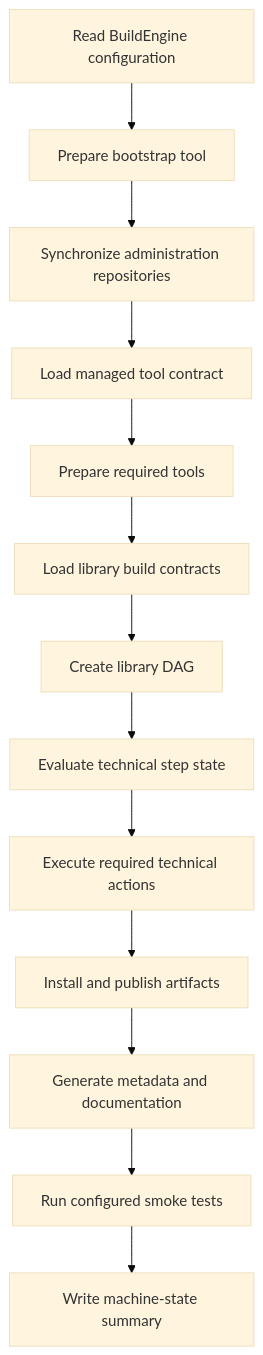
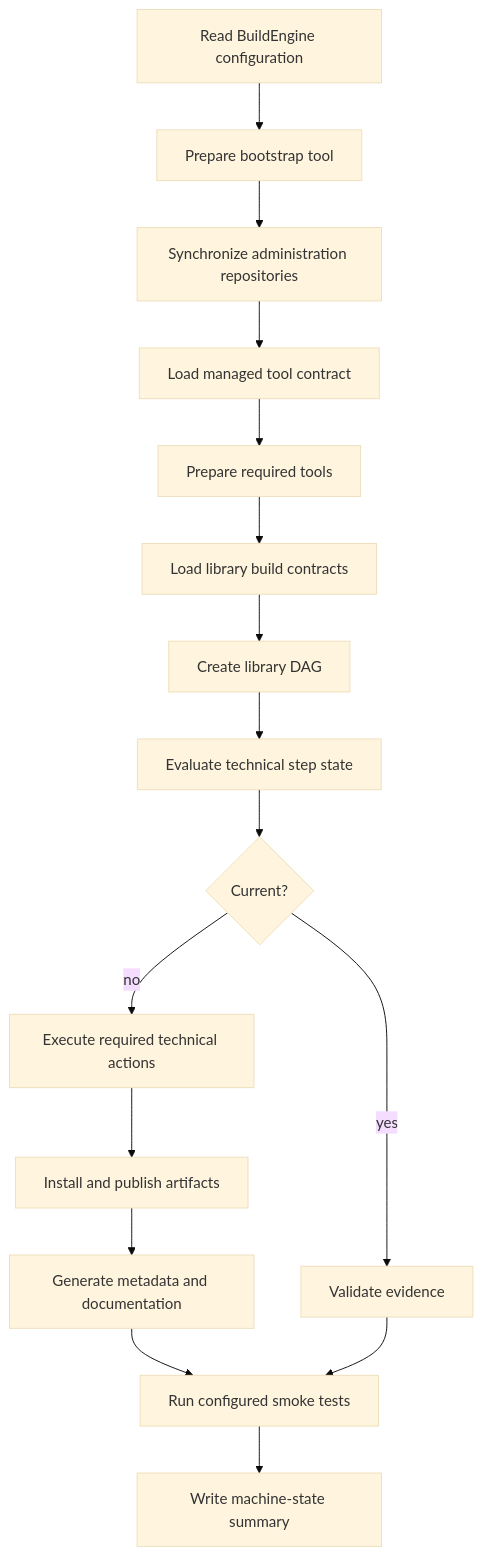
The first of 2 diagrams in admin/server-docs/buildengine.md (adeccscholar/BuildEngine-Admin), drawn with Mermaid (base theme) before and after one commit. The commit also changed other lines of this file, not shown here.

````diff
--- a/admin/server-docs/buildengine.md
+++ b/admin/server-docs/buildengine.md
@@ -21,15 +35,18 @@
 ```mermaid
 flowchart TD
    A[Read BuildEngine configuration] --> B[Prepare bootstrap tool]
    B --> C[Synchronize administration repositories]
    C --> D[Load managed tool contract]
    D --> E[Prepare required tools]
    E --> F[Load library build contracts]
    F --> G[Create library DAG]
    G --> H[Evaluate technical step state]
-   H --> I[Execute required technical actions]
-   I --> J[Install and publish artifacts]
-   J --> K[Generate metadata and documentation]
-   K --> L[Run configured smoke tests]
-   L --> M[Write machine-state summary]
+   H --> I{Current?}
+   I -- yes --> J[Validate evidence]
+   I -- no --> K[Execute required technical actions]
+   K --> L[Install and publish artifacts]
+   L --> M[Generate metadata and documentation]
+   M --> N[Run configured smoke tests]
+   J --> N
+   N --> O[Write machine-state summary]
 ```
````
